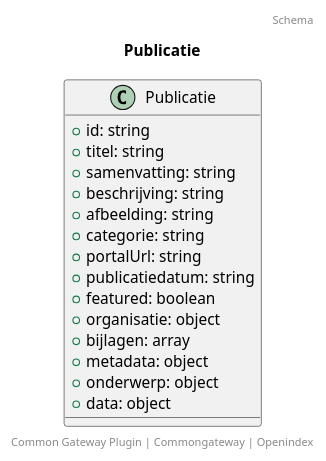
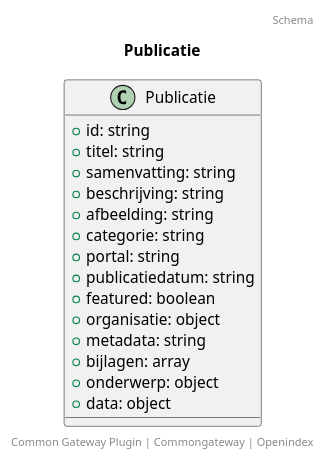
One commit to CommonGateway/OpenIndex changed the diagram in docs/schema/publicatie.puml. Above: the diagram before and after it, drawn with PlantUML. The commit also changed 2 other files, not shown here.

```diff
--- a/docs/schema/publicatie.puml
+++ b/docs/schema/publicatie.puml
@@ -1,22 +1,22 @@
 @startuml
 title: Publicatie
 footer: Common Gateway Plugin | Commongateway | Openindex 
 header: Schema
 
 class Publicatie {
   + id: string
   + titel: string
   + samenvatting: string
   + beschrijving: string
   + afbeelding: string
   + categorie: string
-  + portalUrl: string
+  + portal: string
   + publicatiedatum: string
   + featured: boolean
   + organisatie: object
+  + metadata: string
   + bijlagen: array
-  + metadata: object
   + onderwerp: object
   + data: object
 }
 @enduml
```
